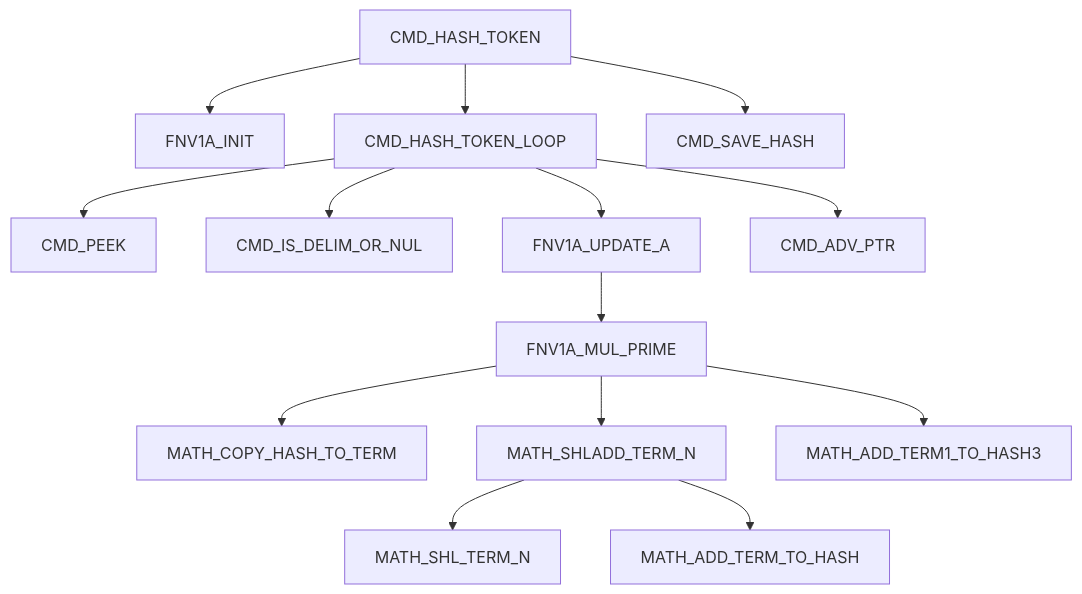
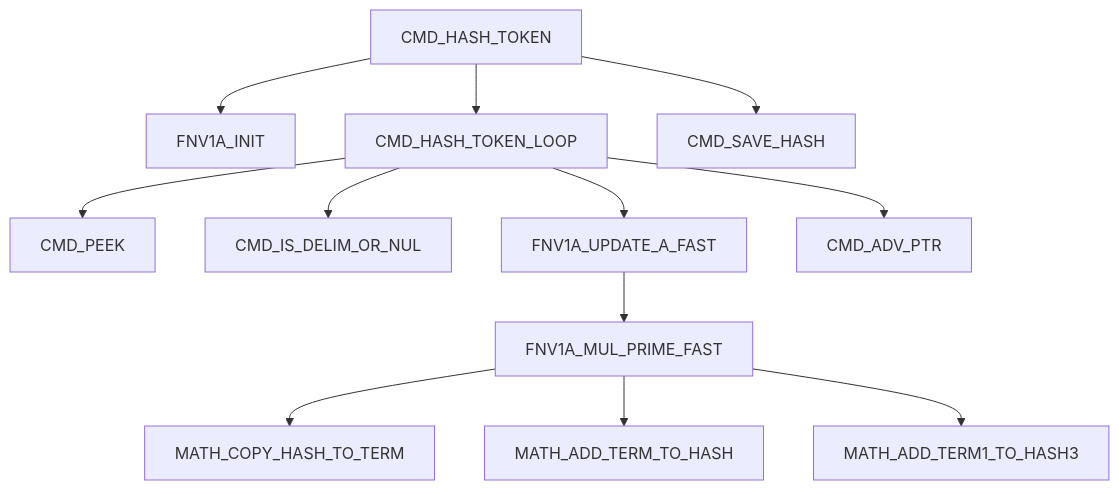
One commit to 95westus/R-YORS changed the fifth of 19 diagrams in DOC/GUIDES/HIMON/HIMON_MAP.md. Above: the diagram before and after it, drawn with Mermaid. The commit also changed other lines of this file and 85 other files, not shown here.

````diff
--- a/DOC/GUIDES/HIMON/HIMON_MAP.md
+++ b/DOC/GUIDES/HIMON/HIMON_MAP.md
@@ -113,16 +121,14 @@
 ```mermaid
 flowchart TD
     HASH[CMD_HASH_TOKEN] --> FNVINIT[FNV1A_INIT]
     HASH --> TOKENLOOP[CMD_HASH_TOKEN_LOOP]
     TOKENLOOP --> PEEK[CMD_PEEK]
     TOKENLOOP --> DELIM[CMD_IS_DELIM_OR_NUL]
-    TOKENLOOP --> UPDATE[FNV1A_UPDATE_A]
+    TOKENLOOP --> UPDATE[FNV1A_UPDATE_A_FAST]
     TOKENLOOP --> ADV[CMD_ADV_PTR]
     HASH --> SAVEHASH[CMD_SAVE_HASH]
-    UPDATE --> MUL[FNV1A_MUL_PRIME]
+    UPDATE --> MUL[FNV1A_MUL_PRIME_FAST]
     MUL --> COPY[MATH_COPY_HASH_TO_TERM]
-    MUL --> SHLADD[MATH_SHLADD_TERM_N]
-    SHLADD --> SHL[MATH_SHL_TERM_N]
-    SHLADD --> ADD[MATH_ADD_TERM_TO_HASH]
+    MUL --> ADD[MATH_ADD_TERM_TO_HASH]
     MUL --> ADD1[MATH_ADD_TERM1_TO_HASH3]
 ```
````
